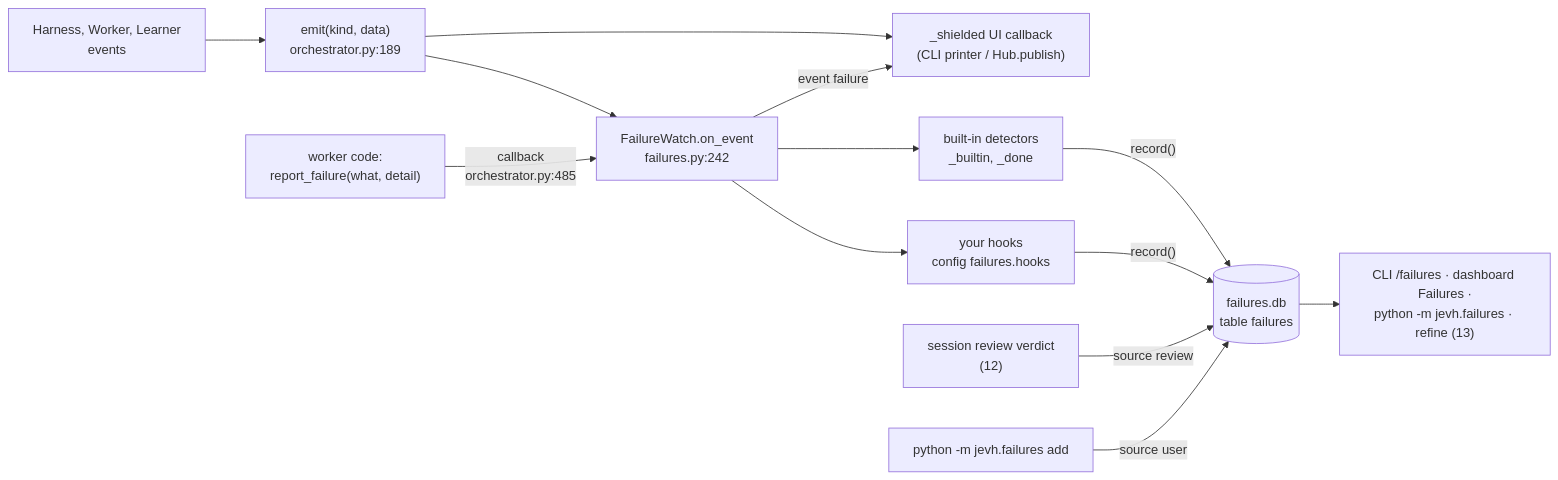
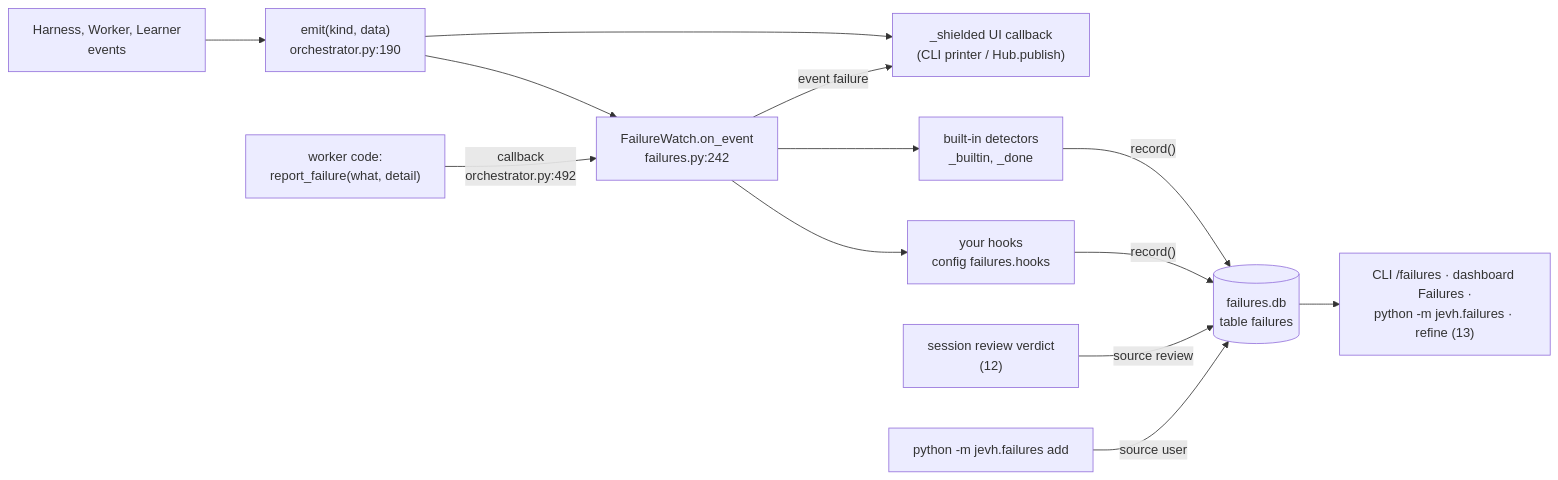
Before and after one commit to slumpsod/jev-harness: the first of 3 diagrams in docs/architecture/11-failure-log.md, drawn with Mermaid. The commit also changed other lines of this file and 40 other files, not shown here.

````diff
--- a/docs/architecture/11-failure-log.md
+++ b/docs/architecture/11-failure-log.md
@@ -13,15 +13,15 @@
 ```mermaid
 flowchart LR
-  SRC["Harness, Worker, Learner<br/>events"] --> EMIT["emit(kind, data)<br/>orchestrator.py:189"]
+  SRC["Harness, Worker, Learner<br/>events"] --> EMIT["emit(kind, data)<br/>orchestrator.py:190"]
   EMIT --> UI["_shielded UI callback<br/>(CLI printer / Hub.publish)"]
   EMIT --> FW["FailureWatch.on_event<br/>failures.py:242"]
   FW --> BI["built-in detectors<br/>_builtin, _done"]
   FW --> HK["your hooks<br/>config failures.hooks"]
   BI -- "record()" --> DB[("failures.db<br/>table failures")]
   HK -- "record()" --> DB
-  REPL["worker code:<br/>report_failure(what, detail)"] -- "callback<br/>orchestrator.py:485" --> FW
+  REPL["worker code:<br/>report_failure(what, detail)"] -- "callback<br/>orchestrator.py:492" --> FW
   REV["session review verdict<br/>(12)"] -- "source review" --> DB
   USER["python -m jevh.failures add"] -- "source user" --> DB
   DB --> OUT["CLI /failures · dashboard Failures ·<br/>python -m jevh.failures · refine (13)"]
   FW -- "event failure" --> UI
 ```
````
